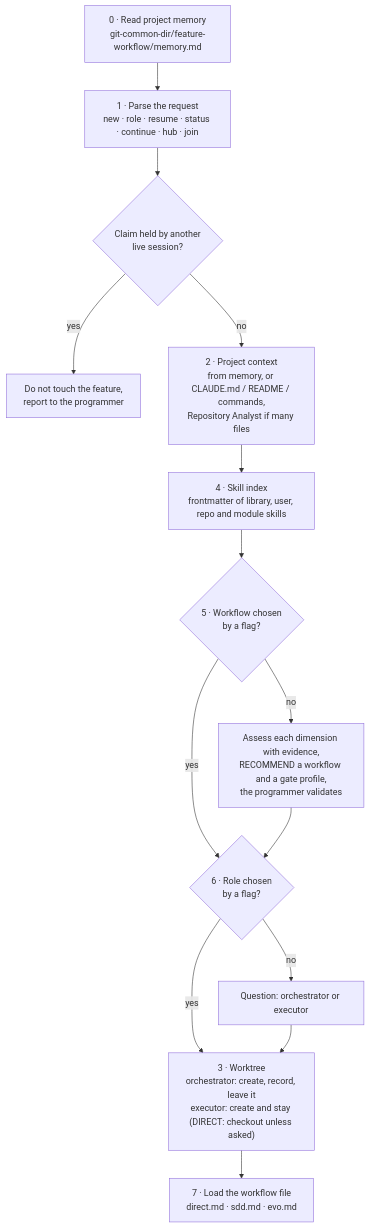
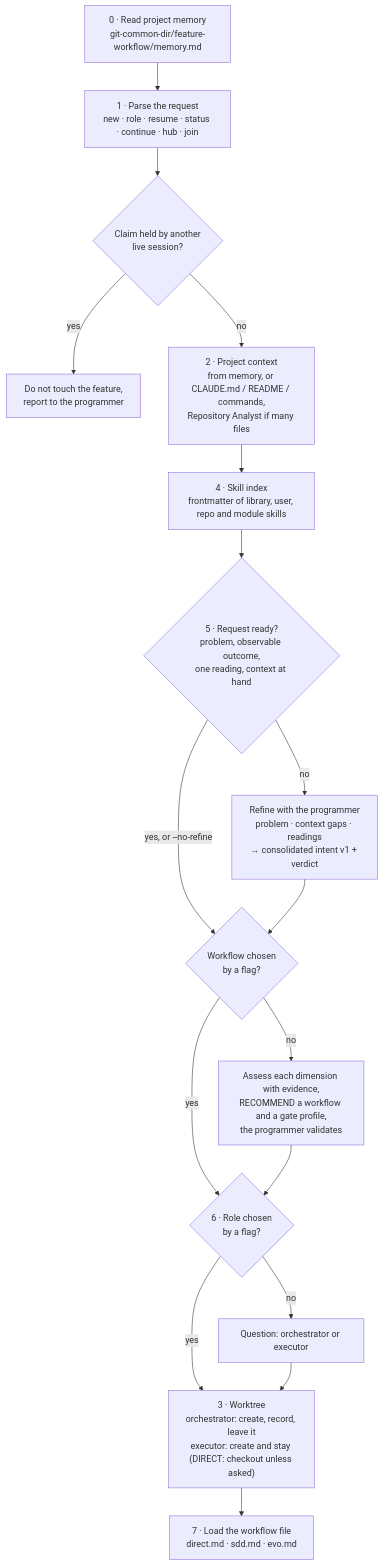
The third of 12 diagrams in docs/architecture.md (mariopedemonte12/claude-feature-workflow), drawn with Mermaid before and after one commit. The commit also changed other lines of this file and 12 other files, not shown here.

First line of the commit message:
Add request refinement before the workflow recommendation

````diff
--- a/docs/architecture.md
+++ b/docs/architecture.md
@@ -123,16 +124,19 @@
 ```mermaid
 flowchart TB
     S0["0 · Read project memory<br/>git-common-dir/feature-workflow/memory.md"] --> S1["1 · Parse the request<br/>new · role · resume · status · continue · hub · join"]
     S1 --> CL{"Claim held by another<br/>live session?"}
     CL -->|"yes"| STOP["Do not touch the feature,<br/>report to the programmer"]
     CL -->|"no"| S2["2 · Project context<br/>from memory, or CLAUDE.md / README / commands,<br/>Repository Analyst if many files"]
     S2 --> S4["4 · Skill index<br/>frontmatter of library, user, repo and module skills"]
-    S4 --> S5{"5 · Workflow chosen<br/>by a flag?"}
+    S4 --> R5{"5 · Request ready?<br/>problem, observable outcome,<br/>one reading, context at hand"}
+    R5 -->|"no"| RF["Refine with the programmer<br/>problem · context gaps · readings<br/>→ consolidated intent v1 + verdict"]
+    R5 -->|"yes, or --no-refine"| S5
+    RF --> S5{"Workflow chosen<br/>by a flag?"}
     S5 -->|"no"| S5b["Assess each dimension with evidence,<br/>RECOMMEND a workflow and a gate profile,<br/>the programmer validates"]
     S5 -->|"yes"| S6
     S5b --> S6{"6 · Role chosen<br/>by a flag?"}
     S6 -->|"no"| S6b["Question: orchestrator or executor"]
     S6 -->|"yes"| S3
     S6b --> S3["3 · Worktree<br/>orchestrator: create, record, leave it<br/>executor: create and stay (DIRECT: checkout unless asked)"]
     S3 --> S7["7 · Load the workflow file<br/>direct.md · sdd.md · evo.md"]
 ```
````
